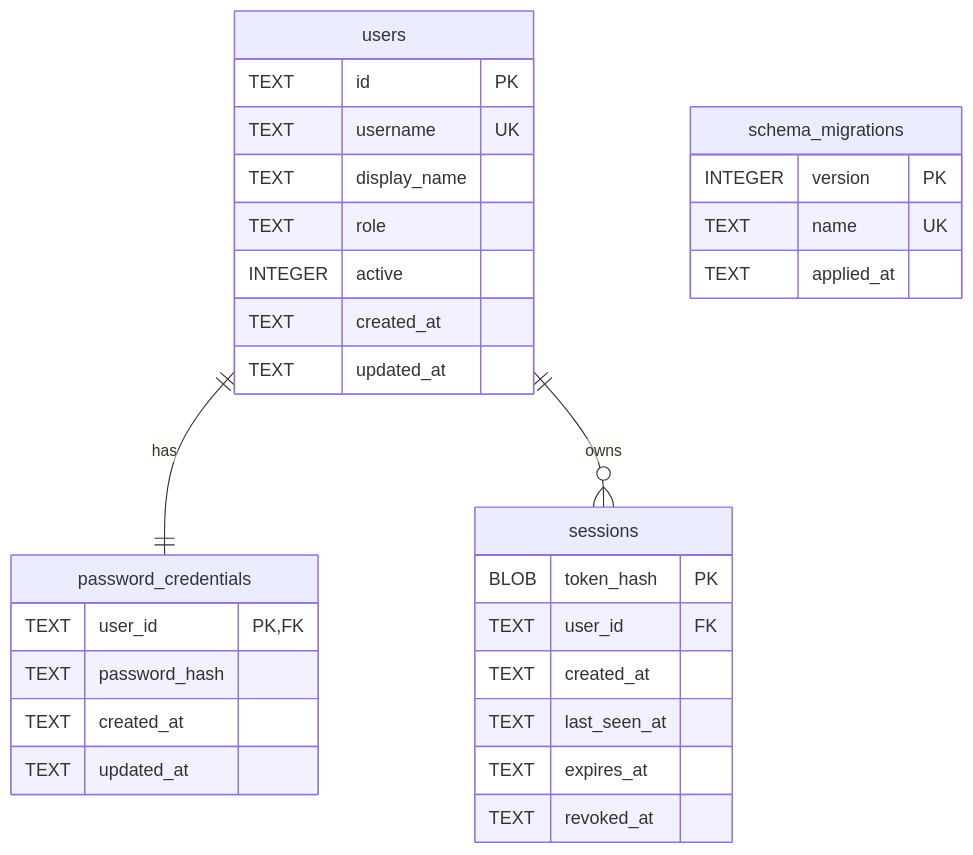
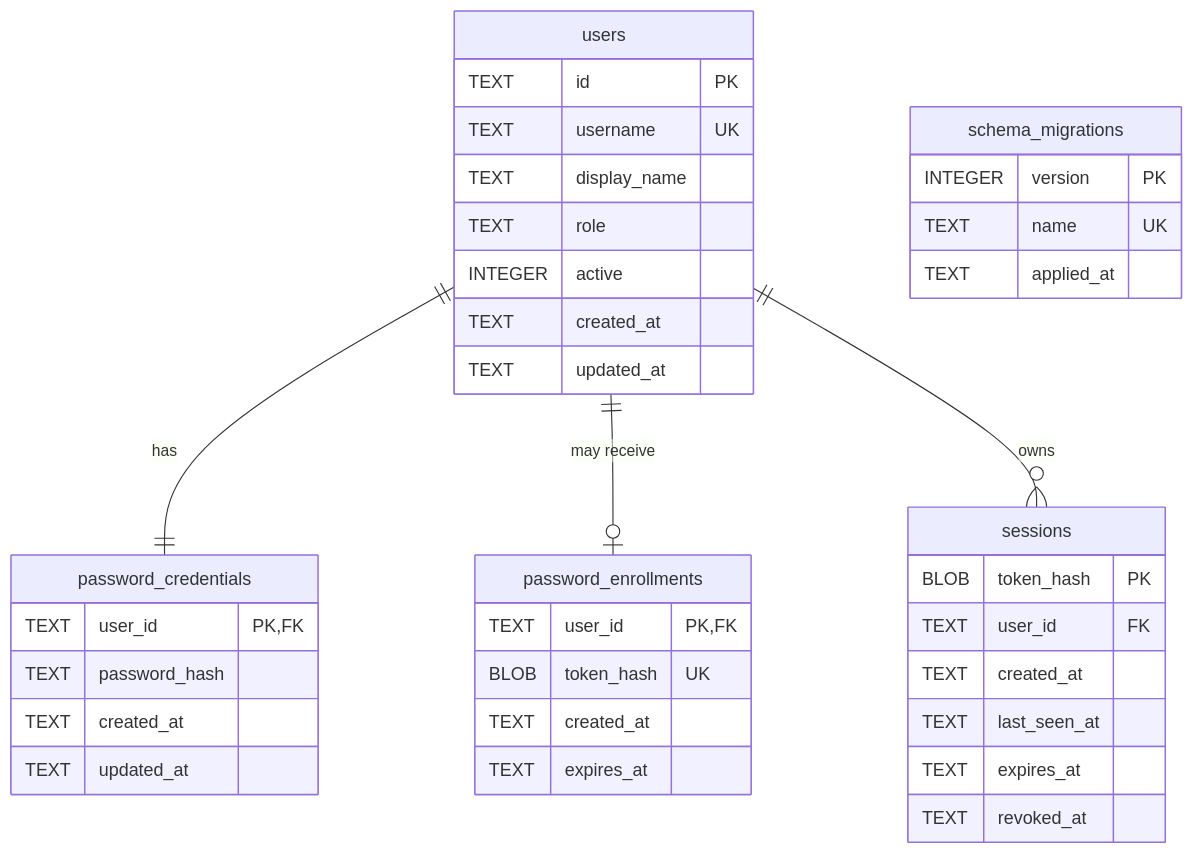
Before and after one commit to ebe542/go-mediaarchive: the diagram in docs/database.md, drawn with Mermaid. The commit also changed other lines of this file and 12 other files, not shown here.

````diff
--- a/docs/database.md
+++ b/docs/database.md
@@ -10,37 +10,45 @@
 ```mermaid
 erDiagram
     users ||--|| password_credentials : "has"
+    users ||--o| password_enrollments : "may receive"
     users ||--o{ sessions : "owns"
 
     schema_migrations {
         INTEGER version PK
         TEXT name UK
         TEXT applied_at
     }
 
     users {
         TEXT id PK
         TEXT username UK
         TEXT display_name
         TEXT role
         INTEGER active
         TEXT created_at
         TEXT updated_at
     }
 
     password_credentials {
         TEXT user_id PK,FK
         TEXT password_hash
         TEXT created_at
         TEXT updated_at
     }
 
+    password_enrollments {
+        TEXT user_id PK,FK
+        BLOB token_hash UK
+        TEXT created_at
+        TEXT expires_at
+    }
+
     sessions {
         BLOB token_hash PK
         TEXT user_id FK
         TEXT created_at
         TEXT last_seen_at
         TEXT expires_at
         TEXT revoked_at
     }
 ```
````
